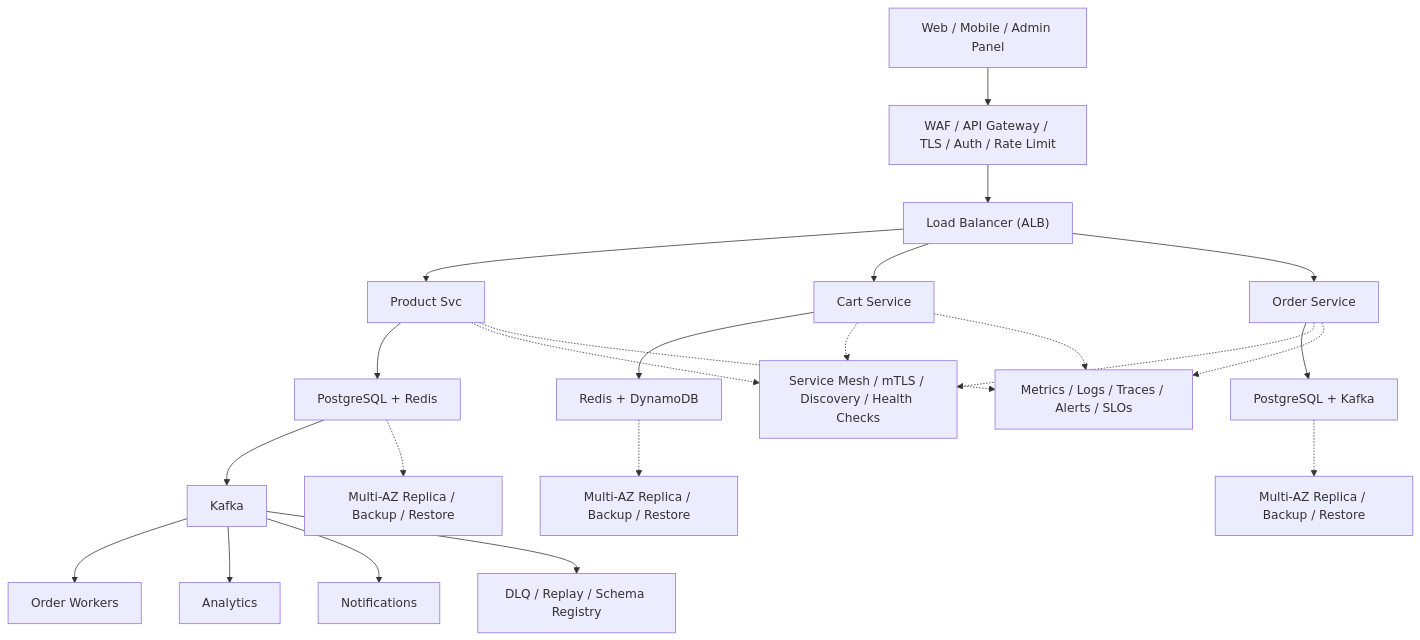
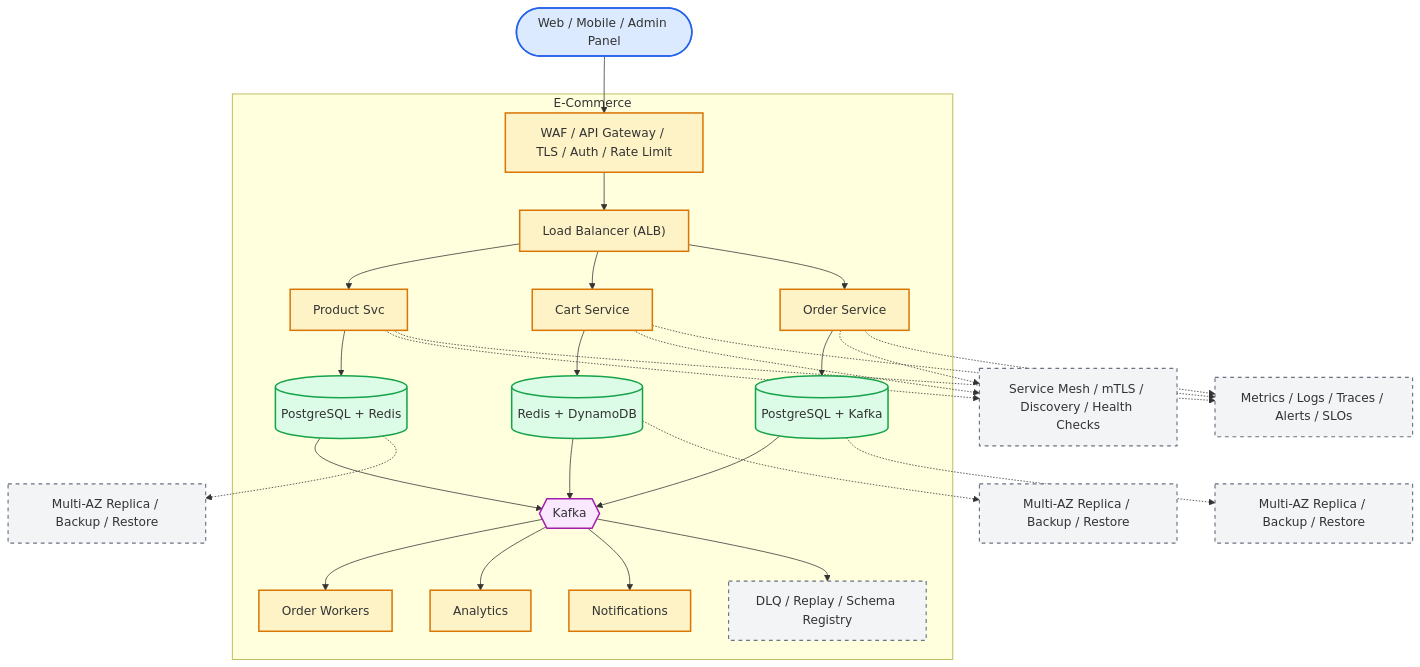
The diagram in system-design-ecommerce.md (aishwary11/system-design), drawn with Mermaid before and after one commit. The commit also changed other lines of this file and 36 other files, not shown here.

First line of the commit message:
Standardize all diagrams on C4-style Mermaid template

````diff
--- a/system-design-ecommerce.md
+++ b/system-design-ecommerce.md
@@ -40,25 +40,65 @@
 ```mermaid
 flowchart TB
-    clients["Web / Mobile / Admin Panel"] --> edge["WAF / API Gateway / TLS / Auth / Rate Limit"]
-    edge --> lb["Load Balancer (ALB)"]
-    lb --> svc0["Product Svc"]
-    lb --> svc1["Cart Service"]
-    lb --> svc2["Order Service"]
-    svc0 --> store0["PostgreSQL + Redis"]
-    svc1 --> store1["Redis + DynamoDB"]
-    svc2 --> store2["PostgreSQL + Kafka"]
-    store0 --> stream["Kafka"]
-    stream --> worker0["Order Workers"]
-    stream --> worker1["Analytics"]
-    stream --> worker2["Notifications"]
-    svc0 -.-> platform["Service Mesh / mTLS / Discovery / Health Checks"]
-    svc1 -.-> platform
-    svc2 -.-> platform
-    store0 -.-> backup0["Multi-AZ Replica / Backup / Restore"]
-    store1 -.-> backup1["Multi-AZ Replica / Backup / Restore"]
-    store2 -.-> backup2["Multi-AZ Replica / Backup / Restore"]
-    stream --> dlq["DLQ / Replay / Schema Registry"]
-    svc0 -.-> ops["Metrics / Logs / Traces / Alerts / SLOs"]
+    %% Actors (people)
+    clients(["Web / Mobile / Admin Panel"])
+
+    %% System boundary - containers owned by the platform
+    subgraph platform["E-Commerce"]
+        edge["WAF / API Gateway / TLS / Auth / Rate Limit"]
+        lb["Load Balancer (ALB)"]
+        svc0["Product Svc"]
+        svc1["Cart Service"]
+        svc2["Order Service"]
+        store0[("PostgreSQL + Redis")]
+        store1[("Redis + DynamoDB")]
+        store2[("PostgreSQL + Kafka")]
+        stream{{"Kafka"}}
+        worker0["Order Workers"]
+        worker1["Analytics"]
+        worker2["Notifications"]
+        dlq["DLQ / Replay / Schema Registry"]
+    end
+
+    %% Cross-cutting control plane (dashed edges)
+    mesh["Service Mesh / mTLS / Discovery / Health Checks"]
+    ops["Metrics / Logs / Traces / Alerts / SLOs"]
+    backup0["Multi-AZ Replica / Backup / Restore"]
+    backup1["Multi-AZ Replica / Backup / Restore"]
+    backup2["Multi-AZ Replica / Backup / Restore"]
+
+    clients --> edge
+    edge --> lb
+    lb --> svc0
+    lb --> svc1
+    lb --> svc2
+    svc0 --> store0
+    svc1 --> store1
+    svc2 --> store2
+    store0 --> stream
+    store1 --> stream
+    store2 --> stream
+    stream --> worker0
+    stream --> worker1
+    stream --> worker2
+    stream --> dlq
+    svc0 -.-> mesh
+    svc1 -.-> mesh
+    svc2 -.-> mesh
+    svc0 -.-> ops
     svc1 -.-> ops
     svc2 -.-> ops
+    store0 -.-> backup0
+    store1 -.-> backup1
+    store2 -.-> backup2
+
+    classDef actor fill:#dbeafe,stroke:#2563eb,stroke-width:2px
+    classDef service fill:#fef3c7,stroke:#d97706,stroke-width:2px
+    classDef store fill:#dcfce7,stroke:#16a34a,stroke-width:2px
+    classDef broker fill:#fae8ff,stroke:#a21caf,stroke-width:2px
+    classDef control fill:#f3f4f6,stroke:#6b7280,stroke-width:1.5px,stroke-dasharray:5 5
+    class clients actor
+    class edge,lb,svc0,svc1,svc2,worker0,worker1,worker2 service
+    class store0,store1,store2 store
+    class stream broker
+    class dlq,mesh,ops,backup0,backup1,backup2 control
 ```
````
